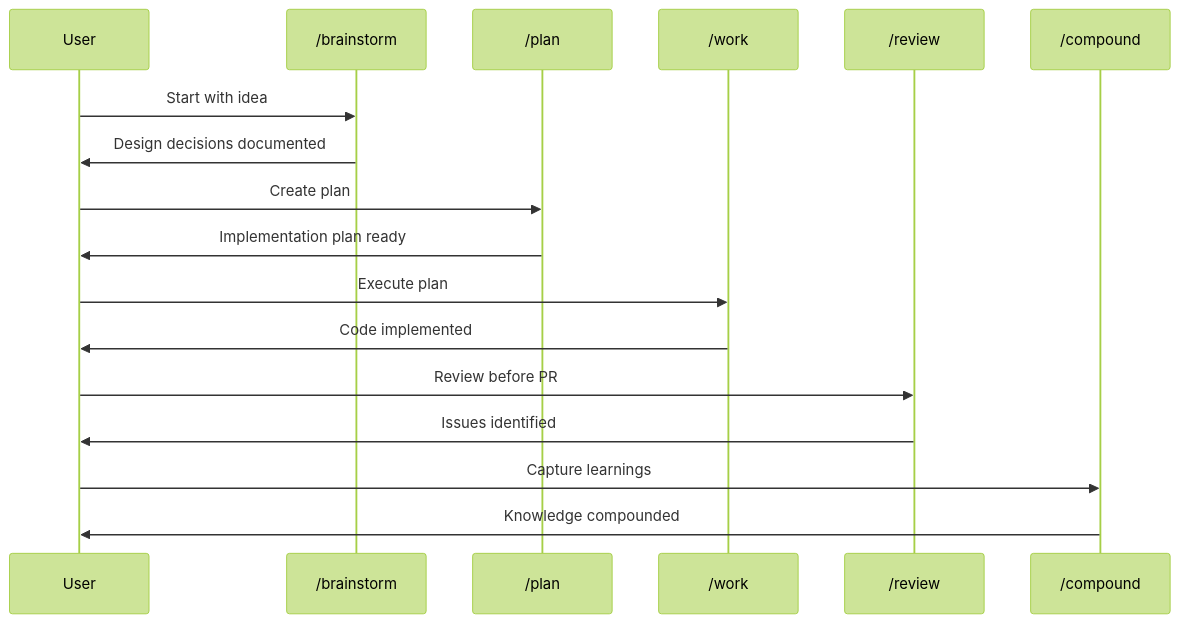
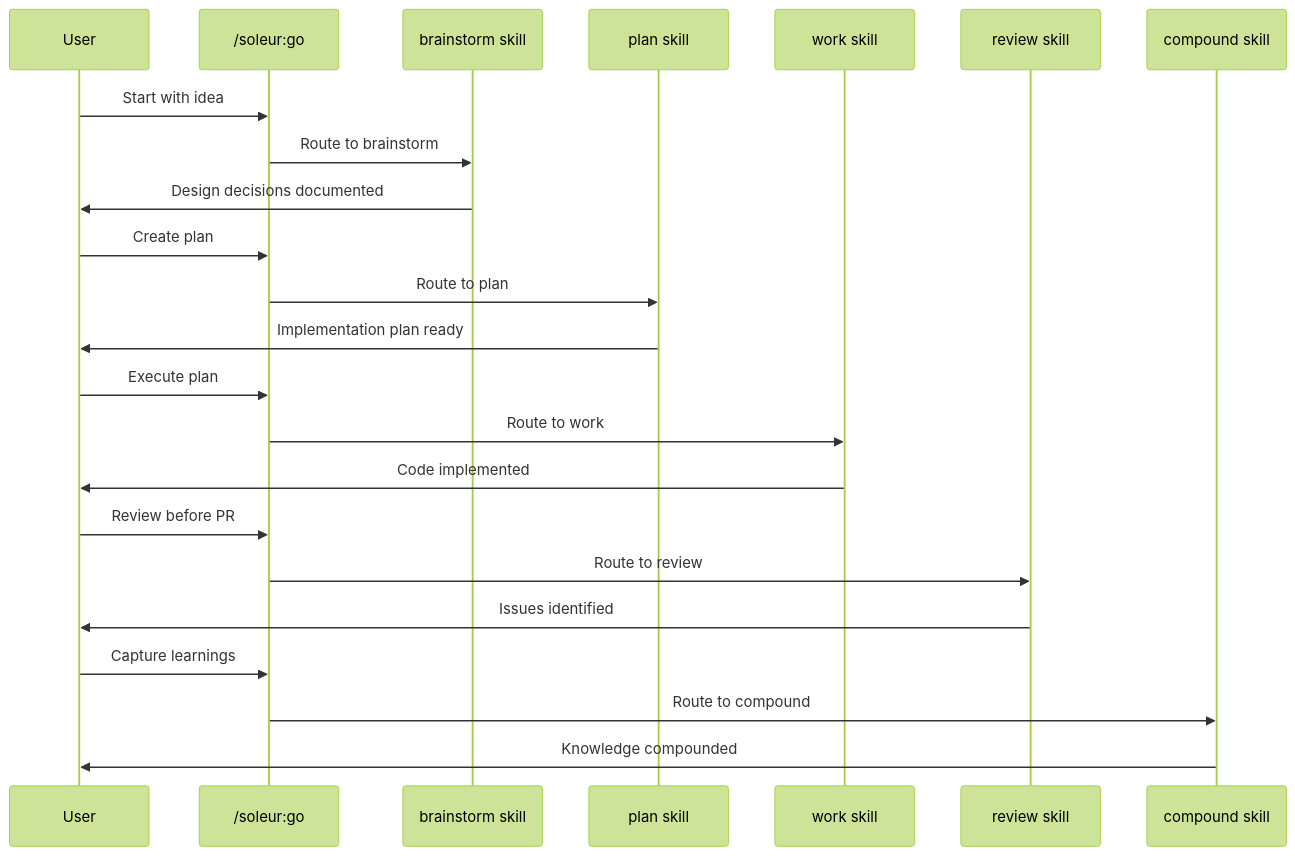
Before and after one commit to jikig-ai/soleur: the second of 2 diagrams in knowledge-base/overview/components/commands.md, drawn with Mermaid (forest theme). The commit also changed other lines of this file and 39 other files, not shown here.

````diff
--- a/knowledge-base/overview/components/commands.md
+++ b/knowledge-base/overview/components/commands.md
@@ -79,20 +83,26 @@
 ```mermaid
 sequenceDiagram
     participant U as User
-    participant B as /brainstorm
-    participant P as /plan
-    participant W as /work
-    participant R as /review
-    participant C as /compound
+    participant GO as /soleur:go
+    participant B as brainstorm skill
+    participant P as plan skill
+    participant W as work skill
+    participant R as review skill
+    participant C as compound skill
 
-    U->>B: Start with idea
+    U->>GO: Start with idea
+    GO->>B: Route to brainstorm
     B->>U: Design decisions documented
-    U->>P: Create plan
+    U->>GO: Create plan
+    GO->>P: Route to plan
     P->>U: Implementation plan ready
-    U->>W: Execute plan
+    U->>GO: Execute plan
+    GO->>W: Route to work
     W->>U: Code implemented
-    U->>R: Review before PR
+    U->>GO: Review before PR
+    GO->>R: Route to review
     R->>U: Issues identified
-    U->>C: Capture learnings
+    U->>GO: Capture learnings
+    GO->>C: Route to compound
     C->>U: Knowledge compounded
 ```
````
